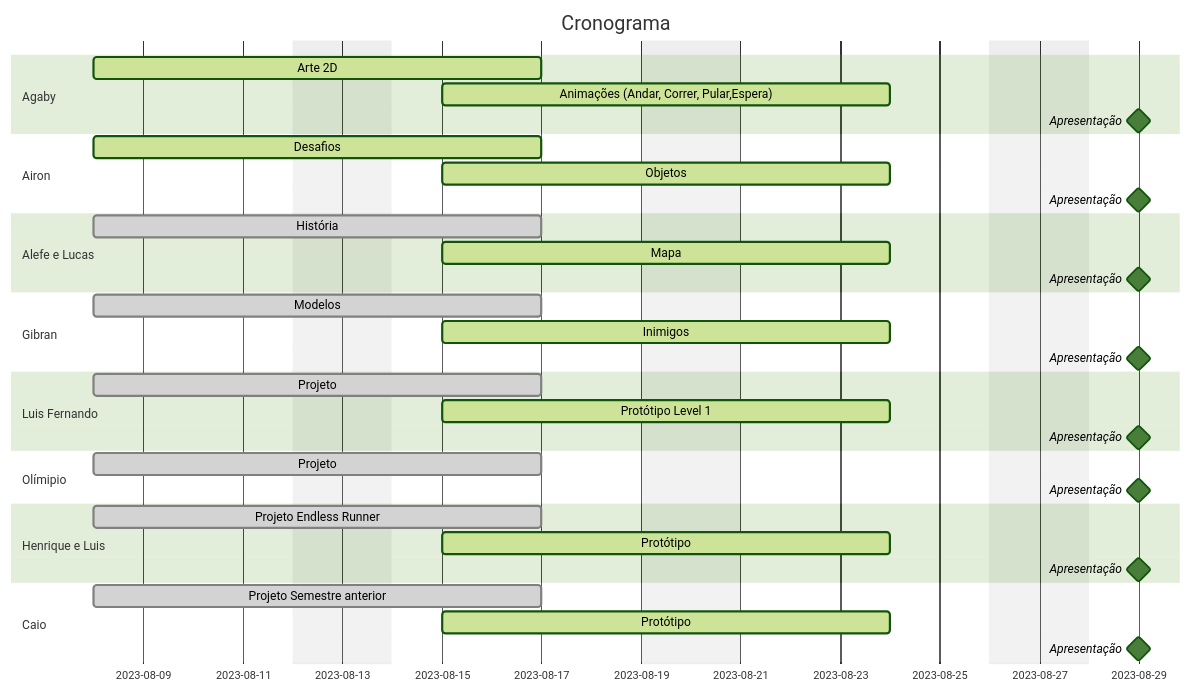
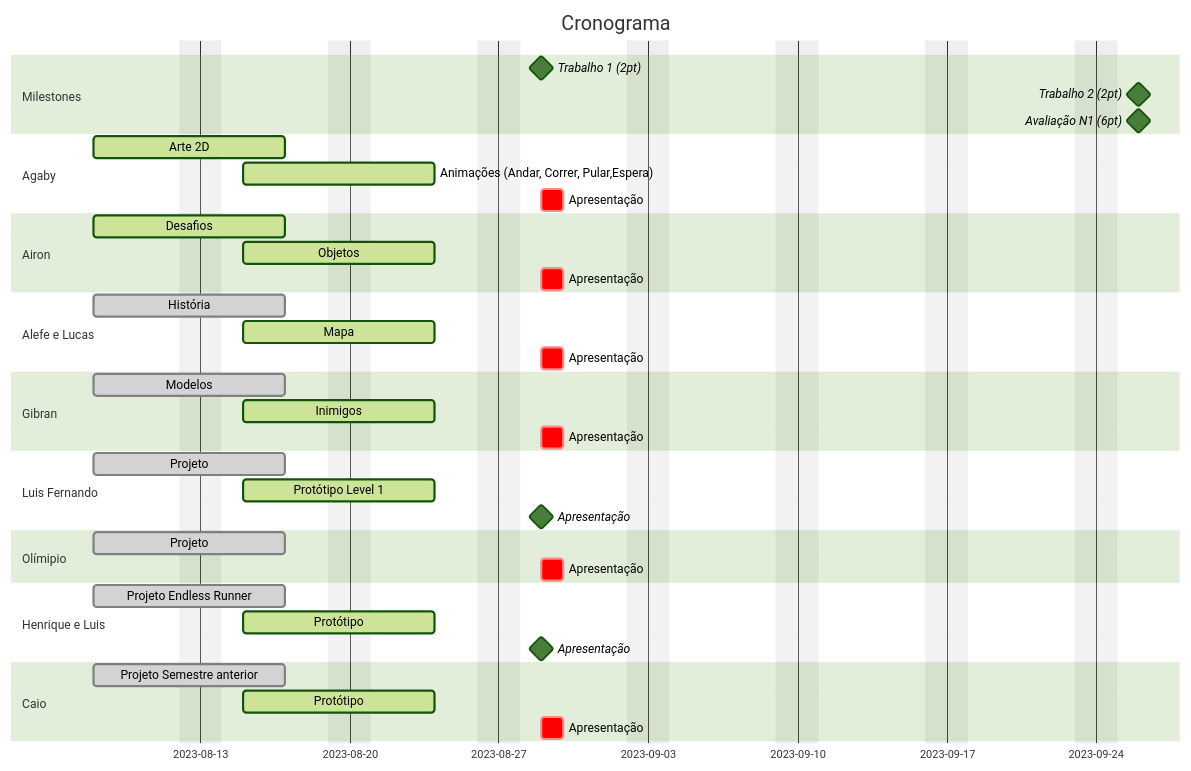
The diagram in docs/_pages/planejamento/02-projetos-acompanhamento.md (myerco/CafeGeek), drawn with Mermaid (forest theme) before and after one commit. The commit also changed 1 other file, not shown here.

Commit message:
fix: gantt e timeline

```diff
--- a/docs/_pages/planejamento/02-projetos-acompanhamento.md
+++ b/docs/_pages/planejamento/02-projetos-acompanhamento.md
@@ -19,46 +19,51 @@
 <div class="mermaid">
 gantt
     title Cronograma
     dateFormat YYYY-MM-DD
     excludes weekends
 
+    section Milestones
+        Trabalho 1 (2pt)             :milestone, 2023-08-29, 0d
+        Trabalho 2 (2pt)             :milestone, 2023-09-26, 0d        
+        Avaliação N1 (6pt)           :milestone, 2023-09-26, 0d                
+
     section Agaby
     Arte 2D                                   :active,  a1, 2023-08-08, 7d
-    Animações (Andar, Correr, Pular,Espera)   :active,  a1, 2023-08-15, 7d
-    Apresentação                              :milestone, m1, 2023-08-29, 0d
+    Animações (Andar, Correr, Pular,Espera)   :active,  a2, 2023-08-15, 7d
+    Apresentação                              :crit, a3, 2023-08-29, 1d                
     
     section Airon
     Desafios                                  :active, b1,2023-08-08, 7d
-    Objetos                                   :active,  a1, 2023-08-15,7d
-    Apresentação                              :milestone, m1, 2023-08-29, 0d    
+    Objetos                                   :active,  b2, 2023-08-15,7d
+    Apresentação                              :crit, b3, 2023-08-29, 1d                    
 
     section Alefe e Lucas
-    História                                  :done, b1,2023-08-08, 7d
-    Mapa                                      :active,  a1, 2023-08-15,7d
-    Apresentação                              :milestone, m1, 2023-08-29, 0d        
+    História                                  :done, c1,2023-08-08, 7d
+    Mapa                                      :active,  c1, 2023-08-15,7d
+    Apresentação                              :crit, c3, 2023-08-29, 1d                    
 
     section Gibran
-    Modelos                                  :done, b1,2023-08-08, 7d
-    Inimigos                                 :active,  a1, 2023-08-15,7d
-    Apresentação                             :milestone, m1, 2023-08-29, 0d        
+    Modelos                                  :done, d1,2023-08-08, 7d
+    Inimigos                                 :active,  d2, 2023-08-15,7d
+    Apresentação                             :crit, d3, 2023-08-29, 1d                        
 
     section Luis Fernando
     Projeto                                  :done, b1,2023-08-08, 7d
     Protótipo Level 1                        :active,  a1, 2023-08-15,7d    
     Apresentação                             :milestone, m1, 2023-08-29, 0d        
 
     section Olímipio
     Projeto                                  :done, b1,2023-08-08, 7d
-    Apresentação                             :milestone, m1, 2023-08-29, 0d        
+    Apresentação                             :crit, b2, 2023-08-29, 1d            
     
     section Henrique e Luis
     Projeto Endless Runner                  :done, b1,2023-08-08, 7d
     Protótipo                               :active,  a1, 2023-08-15,7d    
     Apresentação                            :milestone, m1, 2023-08-29, 0d        
 
     section Caio
     Projeto Semestre anterior               :done, b1,2023-08-08, 7d
     Protótipo                               :active,  a1, 2023-08-15,7d    
-    Apresentação                            :milestone, m1, 2023-08-29, 0d        
+    Apresentação                            :crit, b2, 2023-08-29, 1d                
 
 </div>
```
